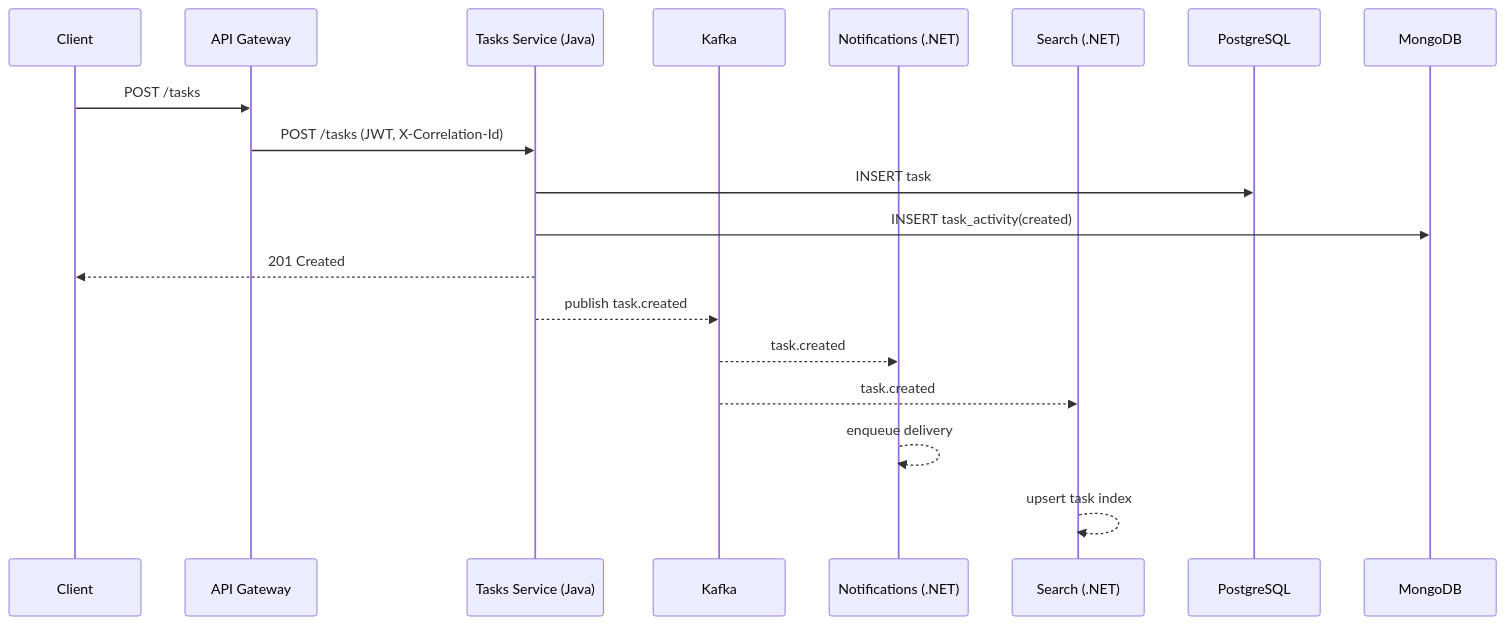
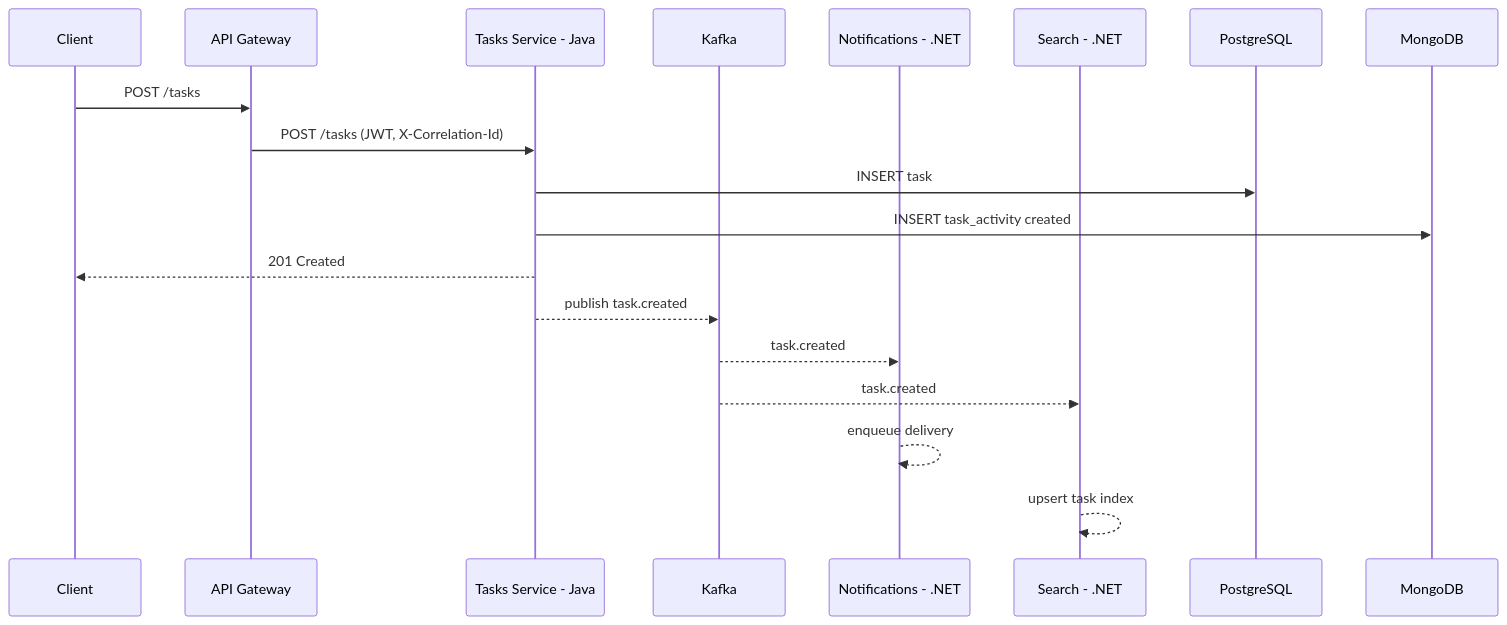
The third of 5 diagrams in docs/interservice-diagrams.md (maximfersko/TaskForge), drawn with Mermaid before and after one commit. The commit also changed other lines of this file, not shown here.

Commit message:
refactoring main service diagram

````diff
--- a/docs/interservice-diagrams.md
+++ b/docs/interservice-diagrams.md
@@ -176,22 +177,22 @@
 ```mermaid
 sequenceDiagram
   participant C as Client
   participant GW as API Gateway
-  participant T as Tasks Service (Java)
+  participant T as Tasks Service - Java
   participant B as Kafka
-  participant N as Notifications (.NET)
-  participant S as Search (.NET)
+  participant N as Notifications - .NET
+  participant S as Search - .NET
   participant PG as PostgreSQL
   participant MG as MongoDB
 
   C->>GW: POST /tasks
   GW->>T: POST /tasks (JWT, X-Correlation-Id)
   T->>PG: INSERT task
-  T->>MG: INSERT task_activity(created)
+  T->>MG: INSERT task_activity created
   T-->>C: 201 Created
   T-->>B: publish task.created
   B-->>N: task.created
   B-->>S: task.created
   N-->>N: enqueue delivery
   S-->>S: upsert task index
 ```
````
